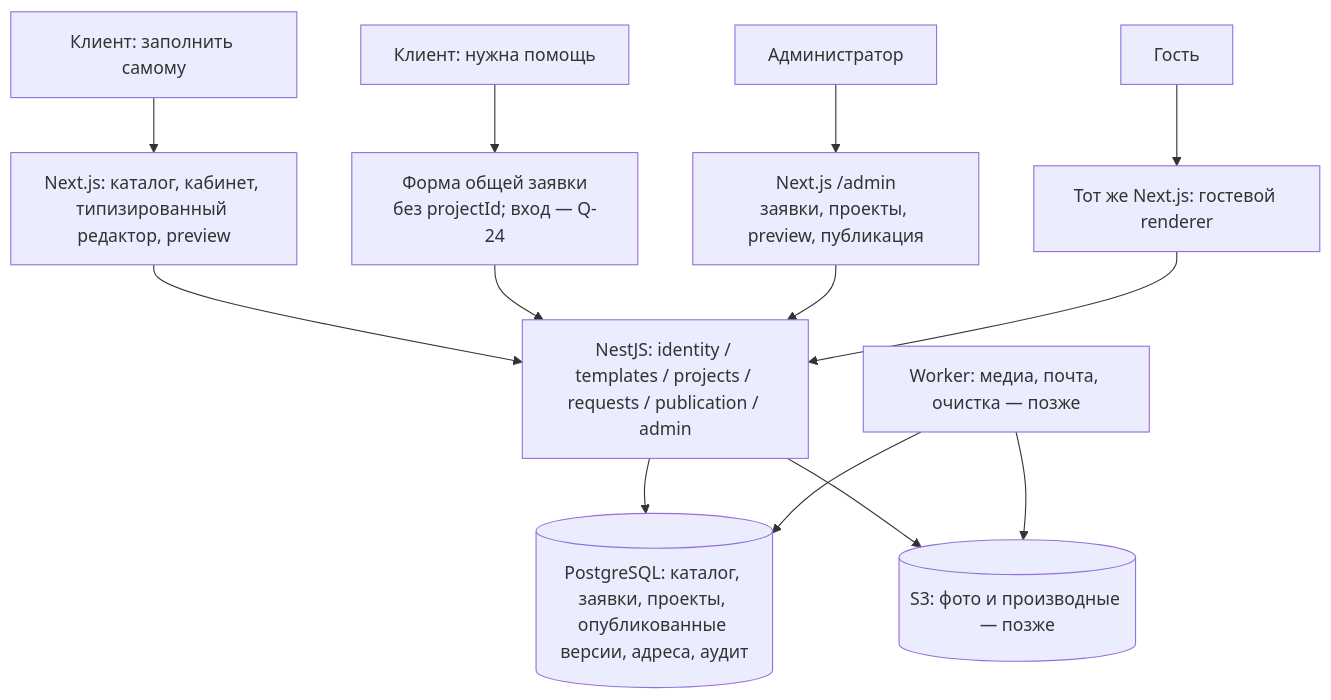
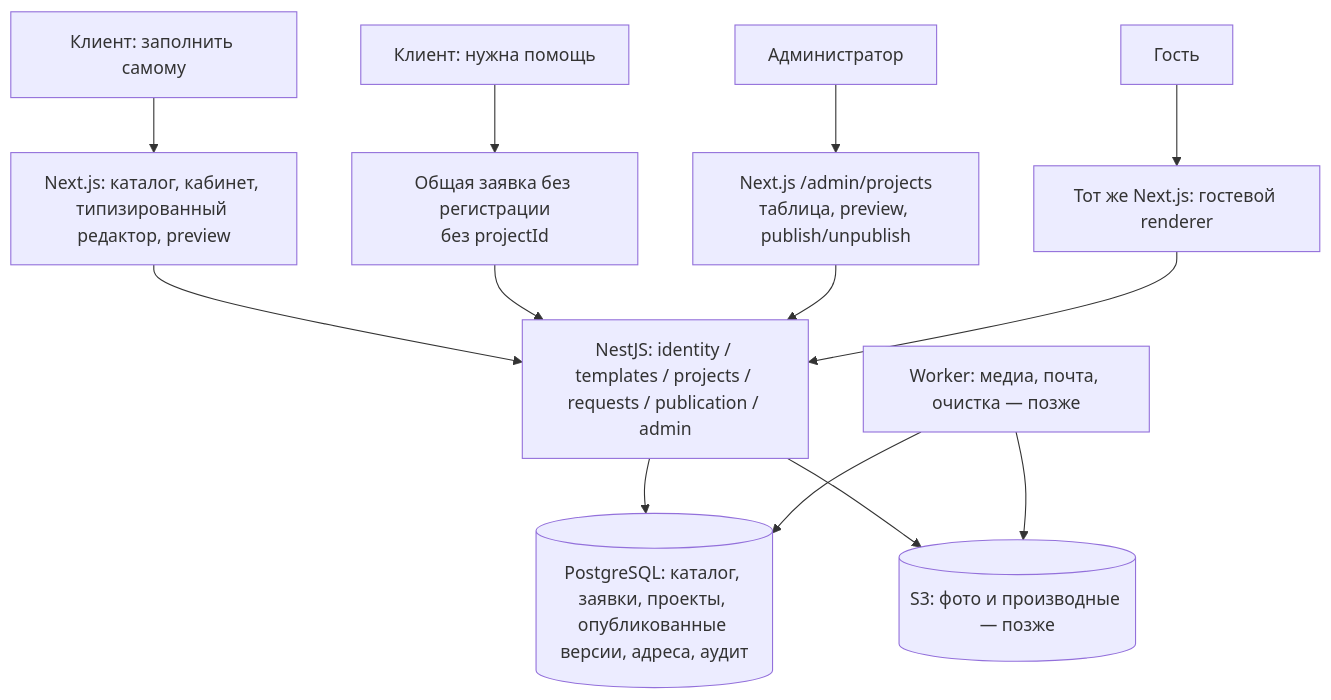
The diagram in docs/architecture/assisted-publication.md (PlykinYurij/povod-project), drawn with Mermaid before and after one commit. The commit also changed other lines of this file and 24 other files, not shown here.

````diff
--- a/docs/architecture/assisted-publication.md
+++ b/docs/architecture/assisted-publication.md
@@ -7,15 +9,15 @@
 ```mermaid
 flowchart TB
   Customer["Клиент: заполнить самому"] --> Web["Next.js: каталог, кабинет, типизированный редактор, preview"]
-  Visitor["Клиент: нужна помощь"] --> Form["Форма общей заявки<br/>без projectId; вход — Q-24"]
-  Operator["Администратор"] --> Admin["Next.js /admin<br/>заявки, проекты, preview, публикация"]
+  Visitor["Клиент: нужна помощь"] --> Form["Общая заявка без регистрации<br/>без projectId"]
+  Operator["Администратор"] --> Admin["Next.js /admin/projects<br/>таблица, preview, publish/unpublish"]
   Web --> API["NestJS: identity / templates / projects / requests / publication / admin"]
   Form --> API
   Admin --> API
   API --> DB[("PostgreSQL: каталог, заявки, проекты, опубликованные версии, адреса, аудит")]
   API --> Media[("S3: фото и производные — позже")]
   Jobs["Worker: медиа, почта, очистка — позже"] --> DB
   Jobs --> Media
   Guest["Гость"] --> Public["Тот же Next.js: гостевой renderer"]
   Public --> API
 ```
````
